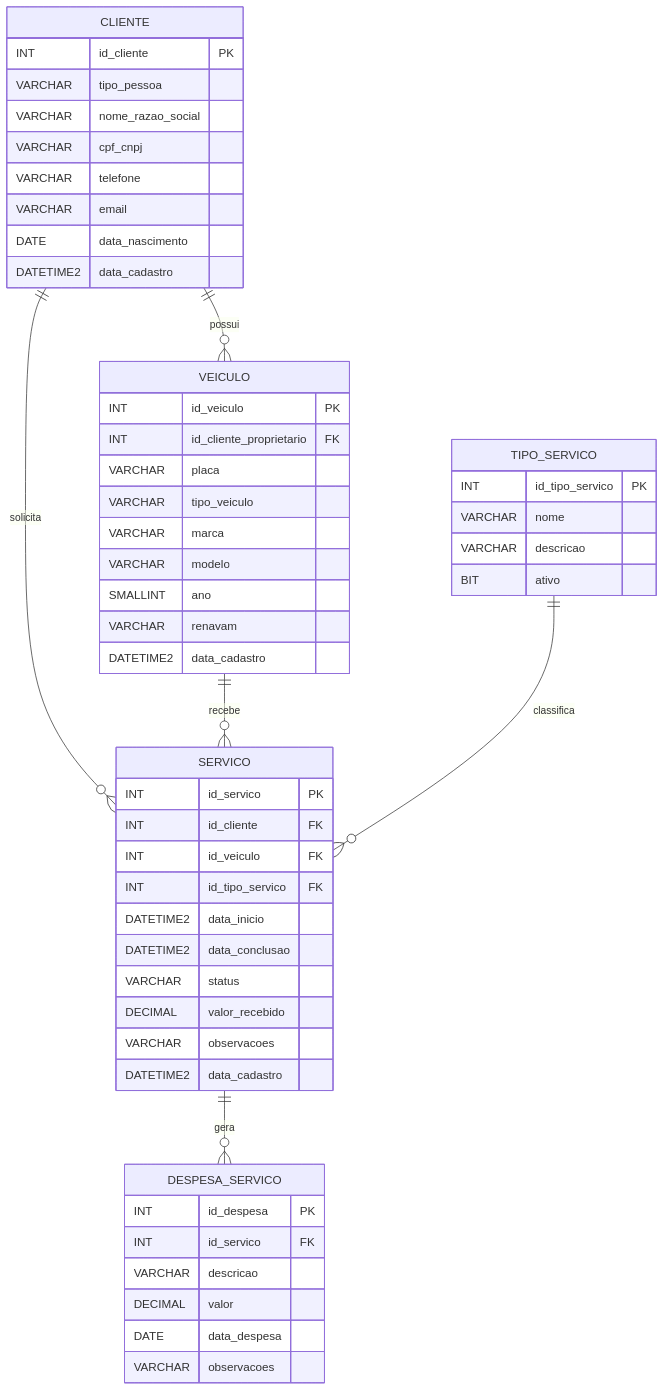
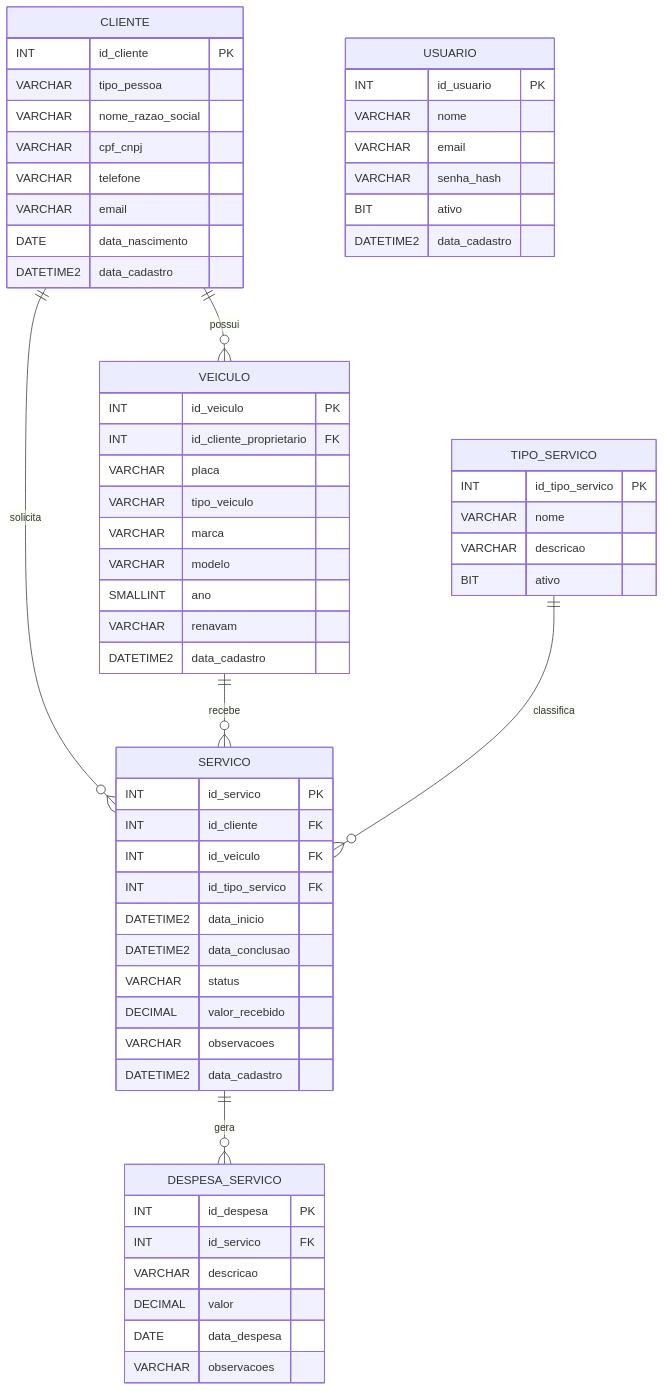
Before and after one commit to Davidmtp58/DespachanteControl: the diagram in README.md, drawn with Mermaid. The commit also changed other lines of this file, not shown here.

````diff
--- a/README.md
+++ b/README.md
@@ -73,61 +79,70 @@
 ```mermaid
 erDiagram
 
     CLIENTE {
         INT id_cliente PK
         VARCHAR tipo_pessoa
         VARCHAR nome_razao_social
         VARCHAR cpf_cnpj
         VARCHAR telefone
         VARCHAR email
         DATE data_nascimento
+        DATETIME2 data_cadastro
+    }
+
+    USUARIO {
+        INT id_usuario PK
+        VARCHAR nome
+        VARCHAR email
+        VARCHAR senha_hash
+        BIT ativo
         DATETIME2 data_cadastro
     }
 
     VEICULO {
         INT id_veiculo PK
         INT id_cliente_proprietario FK
         VARCHAR placa
         VARCHAR tipo_veiculo
         VARCHAR marca
         VARCHAR modelo
         SMALLINT ano
         VARCHAR renavam
         DATETIME2 data_cadastro
     }
 
     TIPO_SERVICO {
         INT id_tipo_servico PK
         VARCHAR nome
         VARCHAR descricao
         BIT ativo
     }
 
     SERVICO {
         INT id_servico PK
         INT id_cliente FK
         INT id_veiculo FK
         INT id_tipo_servico FK
         DATETIME2 data_inicio
         DATETIME2 data_conclusao
         VARCHAR status
         DECIMAL valor_recebido
         VARCHAR observacoes
         DATETIME2 data_cadastro
     }
 
     DESPESA_SERVICO {
         INT id_despesa PK
         INT id_servico FK
         VARCHAR descricao
         DECIMAL valor
         DATE data_despesa
         VARCHAR observacoes
     }
 
     CLIENTE ||--o{ VEICULO : possui
     CLIENTE ||--o{ SERVICO : solicita
     VEICULO ||--o{ SERVICO : recebe
     TIPO_SERVICO ||--o{ SERVICO : classifica
     SERVICO ||--o{ DESPESA_SERVICO : gera
 ```
````
